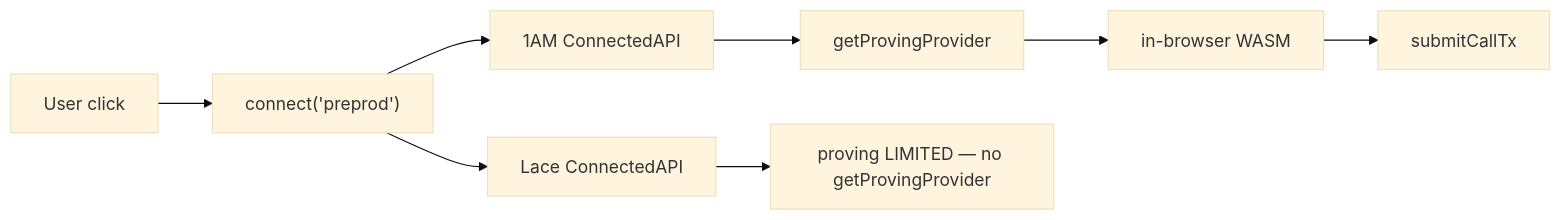
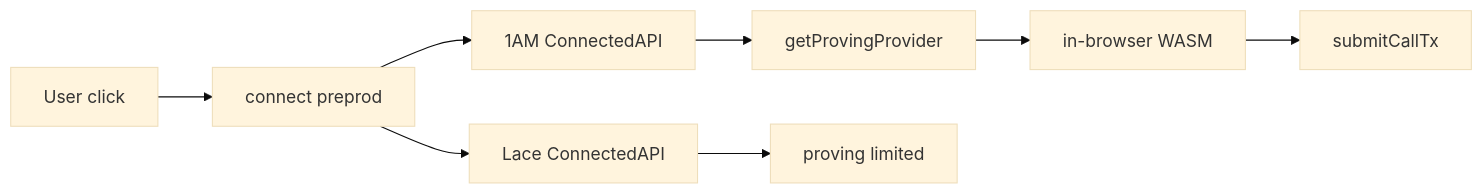
One commit to Mr-Ben-dev/COHORT changed the sixth of 7 diagrams in README.md. Above: the diagram before and after it, drawn with Mermaid (base theme). The commit also changed other lines of this file and 7 other files, not shown here.

Commit message:
Ship Apache-2.0, GitHub-safe Mermaid, and drop FINAL_SETUP.md from the public tree.

````diff
--- a/README.md
+++ b/README.md
@@ -385,10 +385,10 @@
 ```mermaid
 flowchart LR
-  Click[User click] --> Connect["connect('preprod')"]
-  Connect --> OneAM[1AM ConnectedAPI]
-  OneAM --> GPP[getProvingProvider]
-  GPP --> WASM[in-browser WASM]
-  WASM --> Submit[submitCallTx]
-  Connect --> Lace[Lace ConnectedAPI]
-  Lace --> Limited[proving LIMITED — no getProvingProvider]
+  Click["User click"] --> Connect["connect preprod"]
+  Connect --> OneAM["1AM ConnectedAPI"]
+  OneAM --> GPP["getProvingProvider"]
+  GPP --> WASM["in-browser WASM"]
+  WASM --> Submit["submitCallTx"]
+  Connect --> Lace["Lace ConnectedAPI"]
+  Lace --> Limited["proving limited"]
 ```
````
